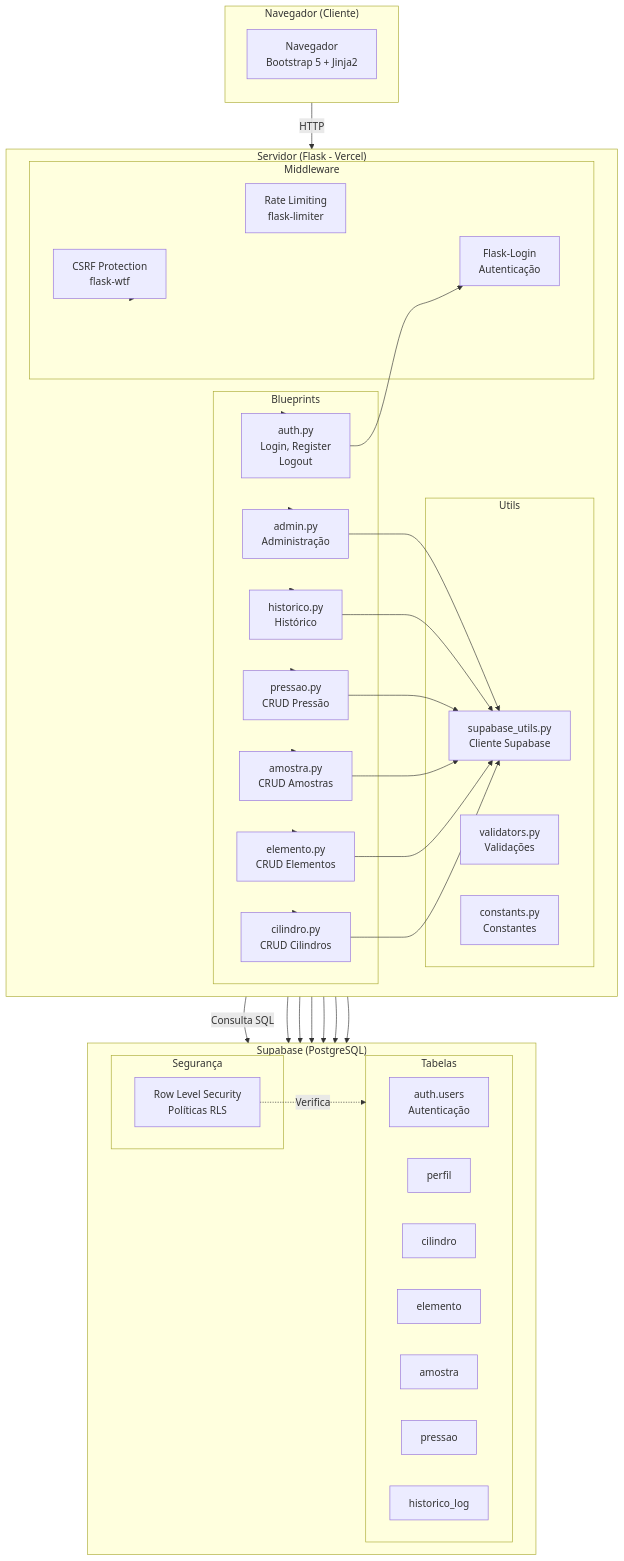
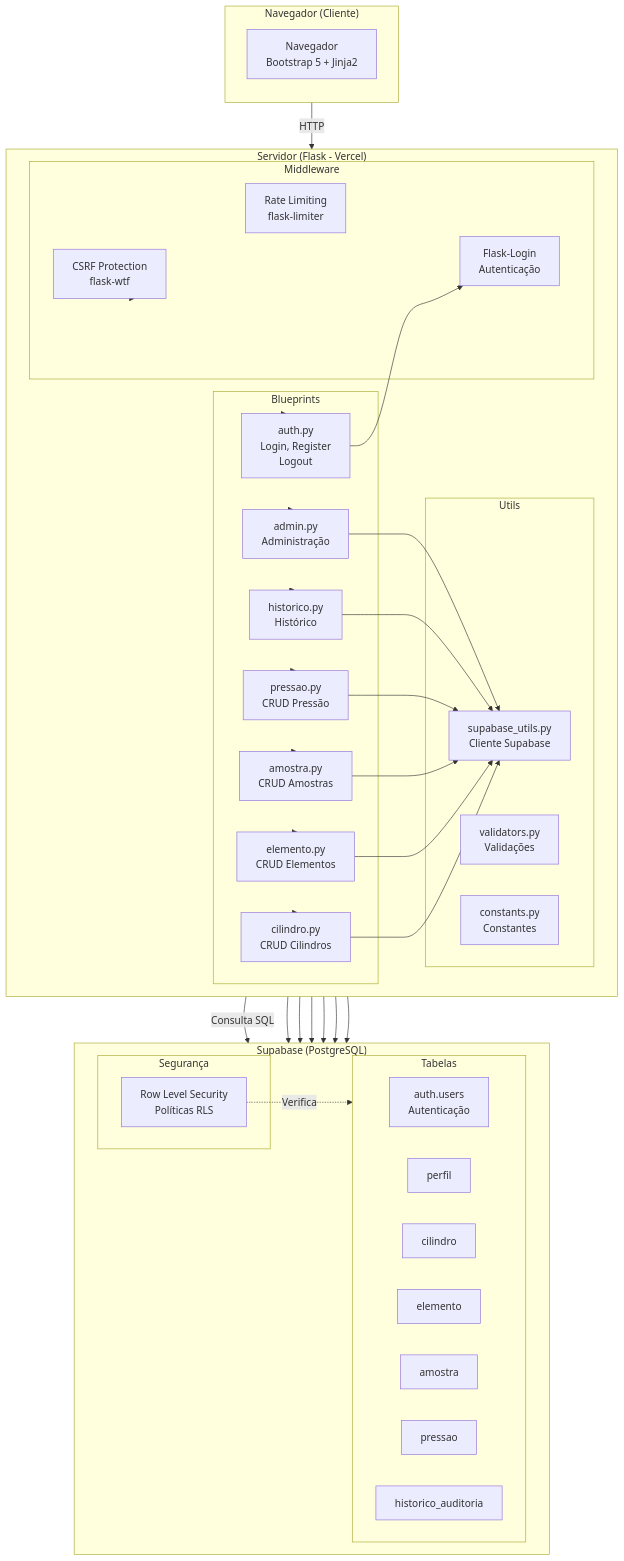
The first of 4 diagrams in latex/artigo.md (cavalcanteprofissional/labgas-manager), drawn with Mermaid before and after one commit. The commit also changed other lines of this file and 36 other files, not shown here.

Commit message:
v2.17.0: Fases 70-77 — filtros Pressão, nomenclatura de cilindros, KPIs do dashboard e refatoração historico_log → historico_auditoria

````diff
--- a/latex/artigo.md
+++ b/latex/artigo.md
@@ -90,80 +90,80 @@
 ```mermaid
 flowchart TB
     subgraph Cliente["Navegador (Cliente)"]
         direction TB
         Browser["Navegador<br/>Bootstrap 5 + Jinja2"]
     end
 
     subgraph Servidor["Servidor (Flask - Vercel)"]
         direction LR
         subgraph Blueprints["Blueprints"]
             Auth["auth.py<br/>Login, Register<br/>Logout"]
             Cilindro["cilindro.py<br/>CRUD Cilindros"]
             Elemento["elemento.py<br/>CRUD Elementos"]
             Amostra["amostra.py<br/>CRUD Amostras"]
             Pressao["pressao.py<br/>CRUD Pressão"]
             Historico["historico.py<br/>Histórico"]
             Admin["admin.py<br/>Administração"]
         end
         
         subgraph Utils["Utils"]
             SupabaseClient["supabase_utils.py<br/>Cliente Supabase"]
             Validators["validators.py<br/>Validações"]
             Constants["constants.py<br/>Constantes"]
         end
         
         subgraph Middleware["Middleware"]
             CSRF["CSRF Protection<br/>flask-wtf"]
             Limiter["Rate Limiting<br/>flask-limiter"]
             LoginManager["Flask-Login<br/>Autenticação"]
         end
     end
 
     subgraph Supabase["Supabase (PostgreSQL)"]
         direction LR
         subgraph Tabelas["Tabelas"]
             AuthDB["auth.users<br/>Autenticação"]
             Perfil["perfil"]
             CilindroTB["cilindro"]
             ElementoTB["elemento"]
             AmostraTB["amostra"]
             PressaoTB["pressao"]
-            HistoricoTB["historico_log"]
+            HistoricoTB["historico_auditoria"]
         end
         
         subgraph Seguranca["Segurança"]
             RLS["Row Level Security<br/>Políticas RLS"]
         end
     end
 
     Browser -->|HTTP| Servidor
     Servidor --> Auth
     Servidor --> Cilindro
     Servidor --> Elemento
     Servidor --> Amostra
     Servidor --> Pressao
     Servidor --> Historico
     Servidor --> Admin
     
     Auth --> LoginManager
     Cilindro --> SupabaseClient
     Elemento --> SupabaseClient
     Amostra --> SupabaseClient
     Pressao --> SupabaseClient
     Historico --> SupabaseClient
     Admin --> SupabaseClient
     
     SupabaseClient -->|Consulta SQL| AuthDB
     SupabaseClient --> Perfil
     SupabaseClient --> CilindroTB
     SupabaseClient --> ElementoTB
     SupabaseClient --> AmostraTB
     SupabaseClient --> PressaoTB
     SupabaseClient --> HistoricoTB
     
     Servidor --> CSRF
     Servidor --> Limiter
     Servidor --> LoginManager
     
     RLS -.->|Verifica| Tabelas
 ```
````
